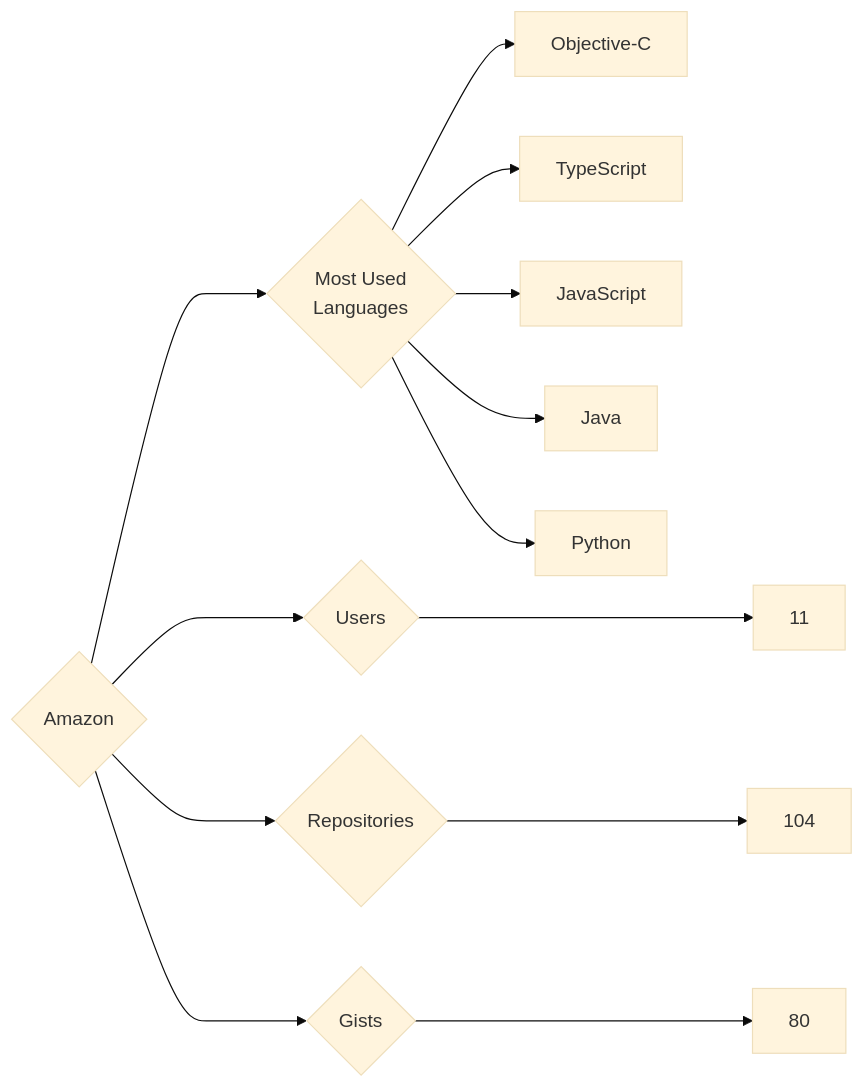
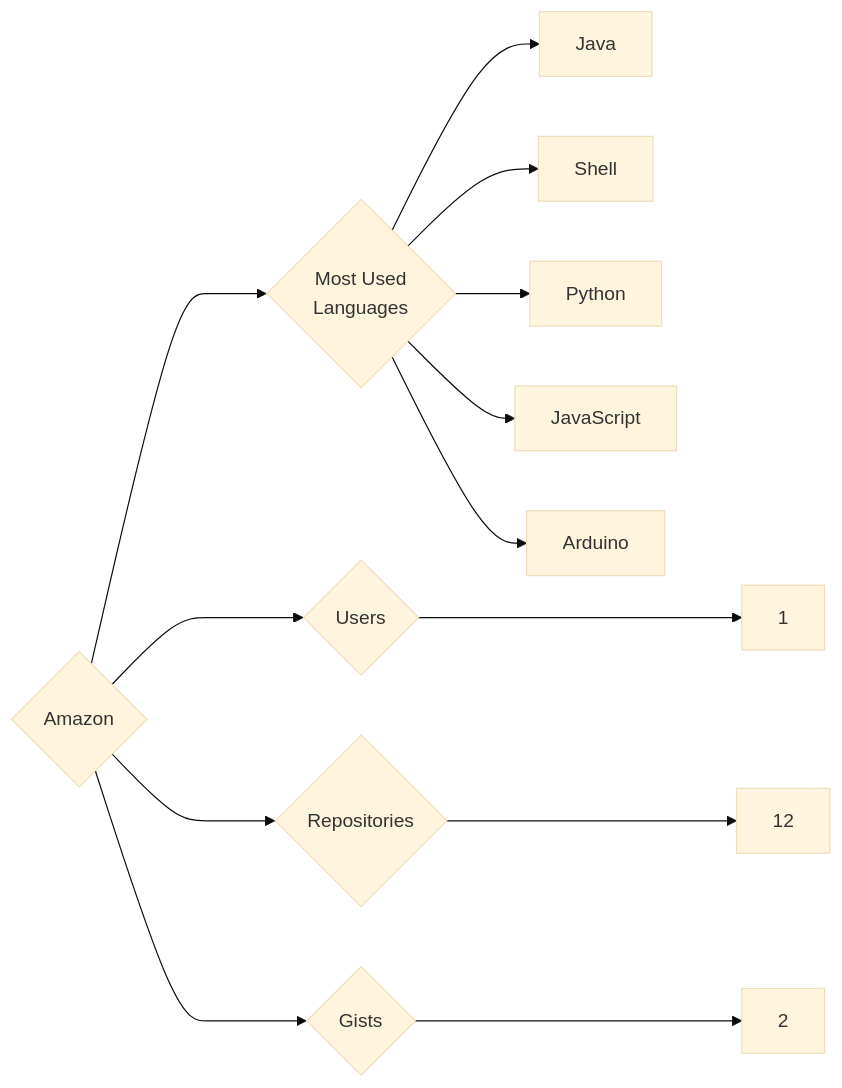
The diagram in targets/Amazon/README.md (trickest/insiders), drawn with Mermaid (base theme) before and after one commit. The commit also changed 1078 other files, not shown here.

````diff
--- a/targets/Amazon/README.md
+++ b/targets/Amazon/README.md
@@ -3,13 +3,13 @@
 ```mermaid
 graph LR
 COMPANY_NAME{Amazon}
-COMPANY_NAME ---> U{Users} ---> UN[11]
-COMPANY_NAME ---> R{Repositories} ---> RN[104]
-COMPANY_NAME ---> G{Gists} ---> GN[80]
+COMPANY_NAME ---> U{Users} ---> UN[1]
+COMPANY_NAME ---> R{Repositories} ---> RN[12]
+COMPANY_NAME ---> G{Gists} ---> GN[2]
 COMPANY_NAME ---> ML{Most Used<br>Languages}
-ML --> Objective-C[Objective-C]
-ML --> TypeScript[TypeScript]
+ML --> Java[Java]
+ML --> Shell[Shell]
+ML --> Python[Python]
 ML --> JavaScript[JavaScript]
-ML --> Java[Java]
-ML --> Python[Python]
+ML --> Arduino[Arduino]
 ```
````
